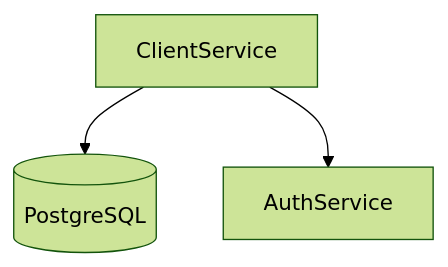
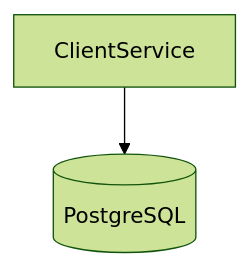
Before and after one commit to surajs1n/central-notification-system: the second of 2 diagrams in design-docs/services/ClientService.md, drawn with Mermaid (forest theme). The commit also changed other lines of this file and 6 other files, not shown here.

````diff
--- a/design-docs/services/ClientService.md
+++ b/design-docs/services/ClientService.md
@@ -67,5 +61,4 @@
 ```mermaid
 graph TD
     ClientService --> PostgreSQL[(PostgreSQL)]
-    ClientService --> AuthService
 ```
````
